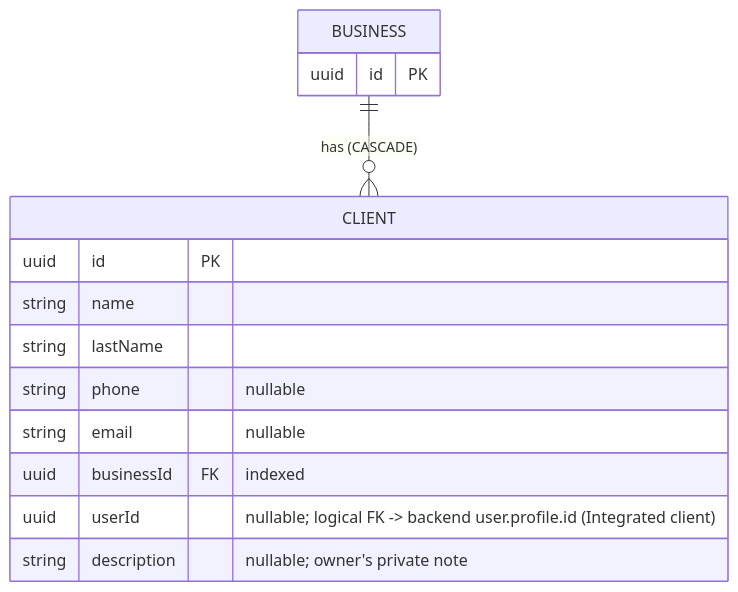
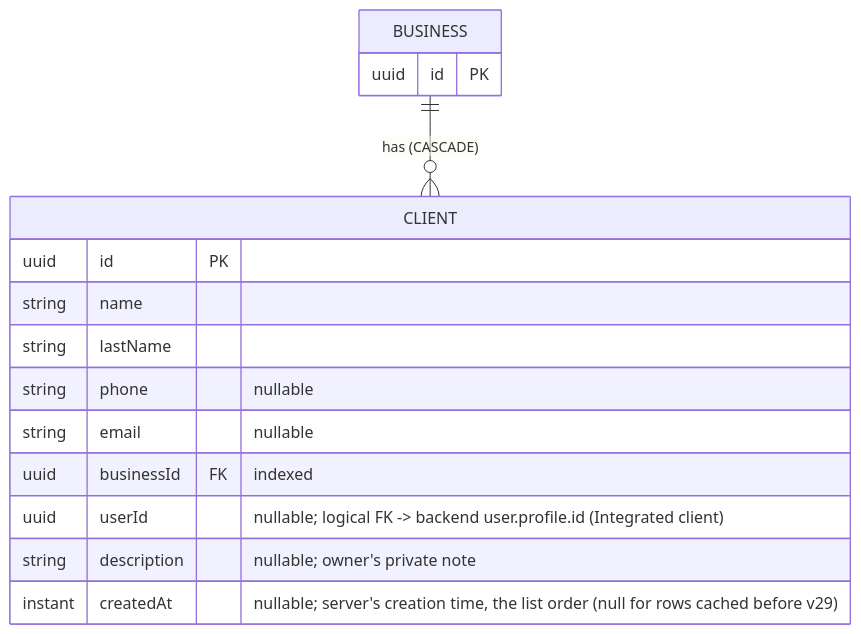
Before and after one commit to nocturneproperties/bookkme-client: the diagram in docs/database/clients.md, drawn with Mermaid. The commit also changed other lines of this file and 46 other files, not shown here.

````diff
--- a/docs/database/clients.md
+++ b/docs/database/clients.md
@@ -7,19 +7,20 @@
 ```mermaid
 erDiagram
     BUSINESS ||--o{ CLIENT : "has (CASCADE)"
 
     BUSINESS {
         uuid id PK
     }
 
     CLIENT {
         uuid id PK
         string name
         string lastName
         string phone "nullable"
         string email "nullable"
         uuid businessId FK "indexed"
         uuid userId "nullable; logical FK -> backend user.profile.id (Integrated client)"
         string description "nullable; owner's private note"
+        instant createdAt "nullable; server's creation time, the list order (null for rows cached before v29)"
     }
 ```
````
